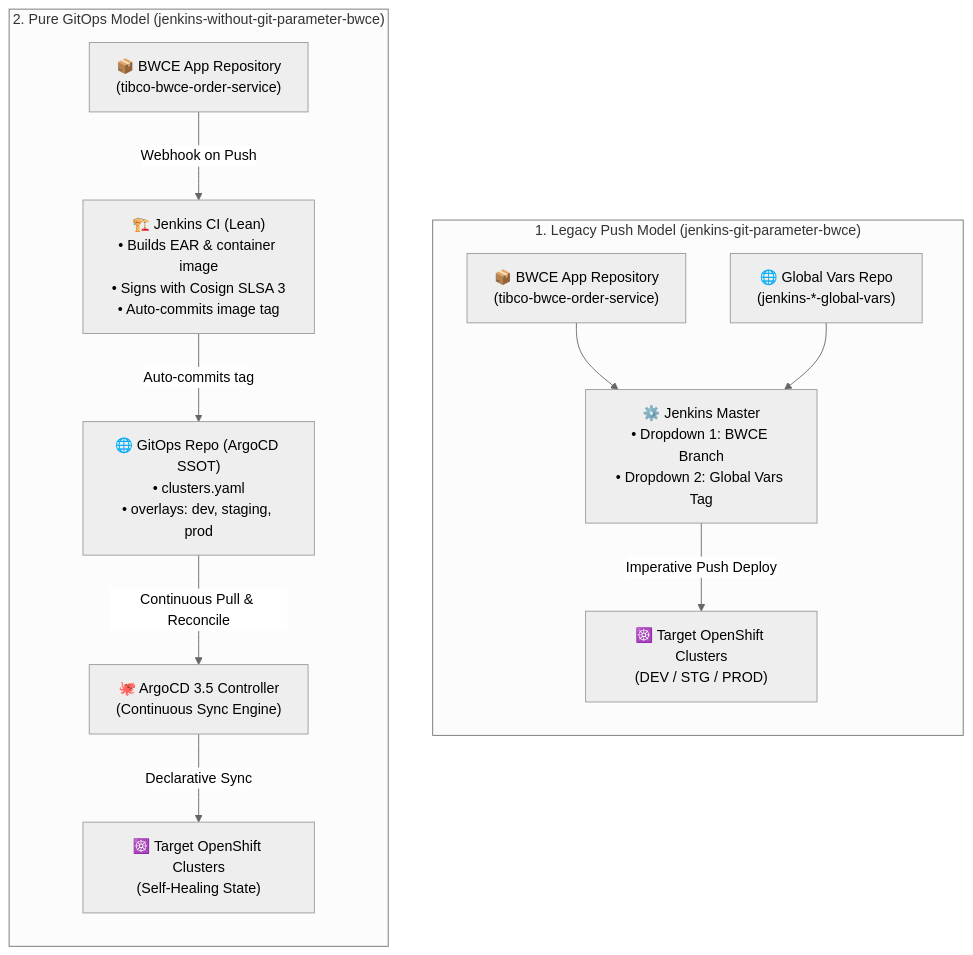
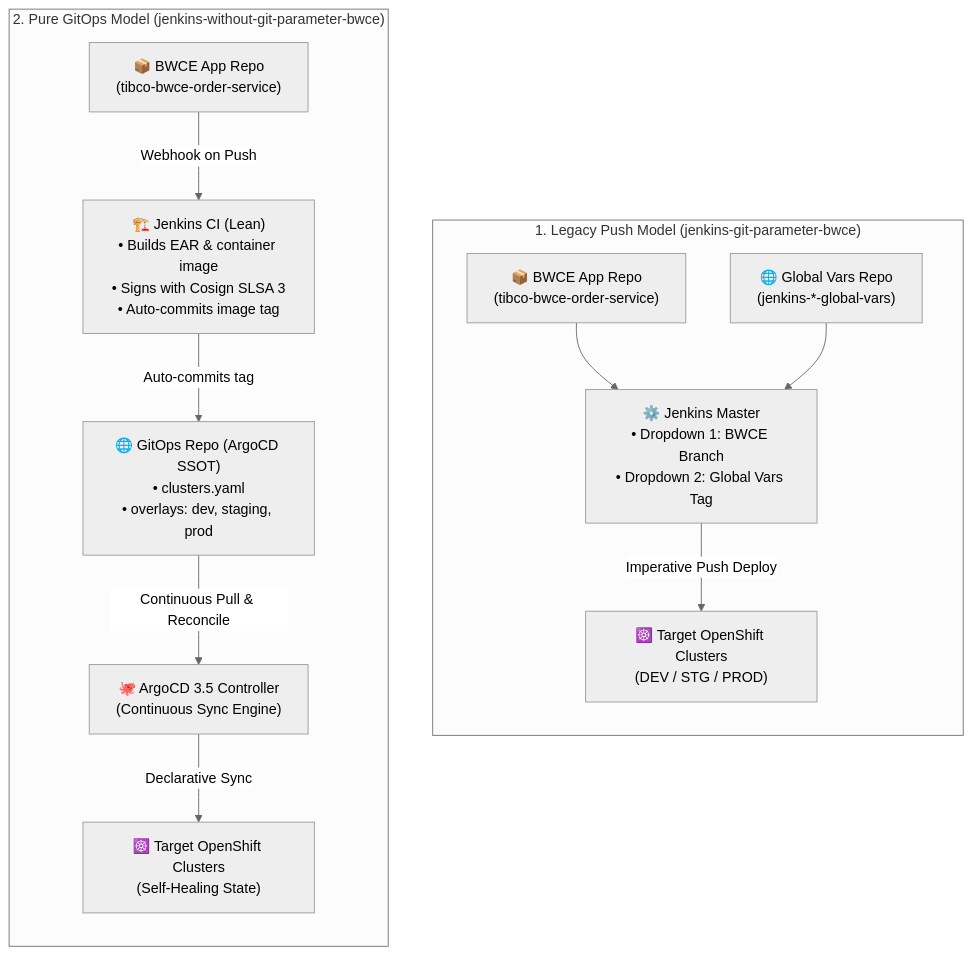
One commit to nubenetes/jenkins-without-git-parameter-bwce changed the second of 11 diagrams in README.md. Above: the diagram before and after it, drawn with Mermaid (neutral theme). The commit also changed other lines of this file, not shown here.

Commit message:
docs: optimize Mermaid diagram labels, text wrapping, and sequence notes to prevent text truncation

````diff
--- a/README.md
+++ b/README.md
@@ -295,28 +295,28 @@
 ```mermaid
 flowchart TB
     subgraph LegacyModel["1. Legacy Push Model (jenkins-git-parameter-bwce)"]
         direction TB
-        AppRepo1["📦 BWCE App Repository<br/>(tibco-bwce-order-service)"]
+        AppRepo1["📦 BWCE App Repo<br/>(tibco-bwce-order-service)"]
         GlobalVars1["🌐 Global Vars Repo<br/>(jenkins-*-global-vars)"]
         Jenkins1["⚙️ Jenkins Master<br/>• Dropdown 1: BWCE Branch<br/>• Dropdown 2: Global Vars Tag"]
         Cluster1["☸️ Target OpenShift Clusters<br/>(DEV / STG / PROD)"]
 
         AppRepo1 --> Jenkins1
         GlobalVars1 --> Jenkins1
         Jenkins1 -->|"Imperative Push Deploy"| Cluster1
     end
 
     subgraph GitOpsModel["2. Pure GitOps Model (jenkins-without-git-parameter-bwce)"]
         direction TB
-        AppRepo2["📦 BWCE App Repository<br/>(tibco-bwce-order-service)"]
+        AppRepo2["📦 BWCE App Repo<br/>(tibco-bwce-order-service)"]
         Jenkins2["🏗️ Jenkins CI (Lean)<br/>• Builds EAR & container image<br/>• Signs with Cosign SLSA 3<br/>• Auto-commits image tag"]
         GitOpsRepo["🌐 GitOps Repo (ArgoCD SSOT)<br/>• clusters.yaml<br/>• overlays: dev, staging, prod"]
         ArgoCD["🐙 ArgoCD 3.5 Controller<br/>(Continuous Sync Engine)"]
         Cluster2["☸️ Target OpenShift Clusters<br/>(Self-Healing State)"]
 
         AppRepo2 -->|"Webhook on Push"| Jenkins2
         Jenkins2 -->|"Auto-commits tag"| GitOpsRepo
         GitOpsRepo -->|"Continuous Pull & Reconcile"| ArgoCD
         ArgoCD -->|"Declarative Sync"| Cluster2
     end
 ```
````
